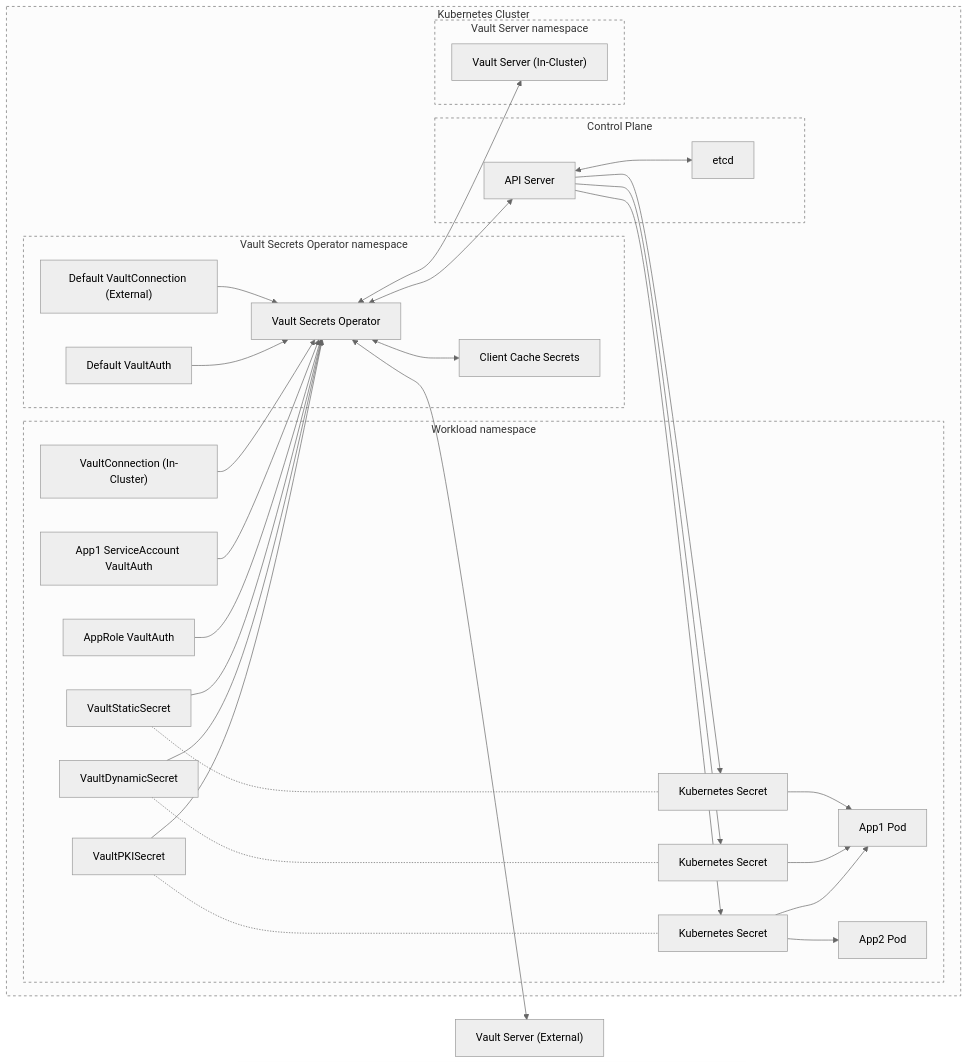
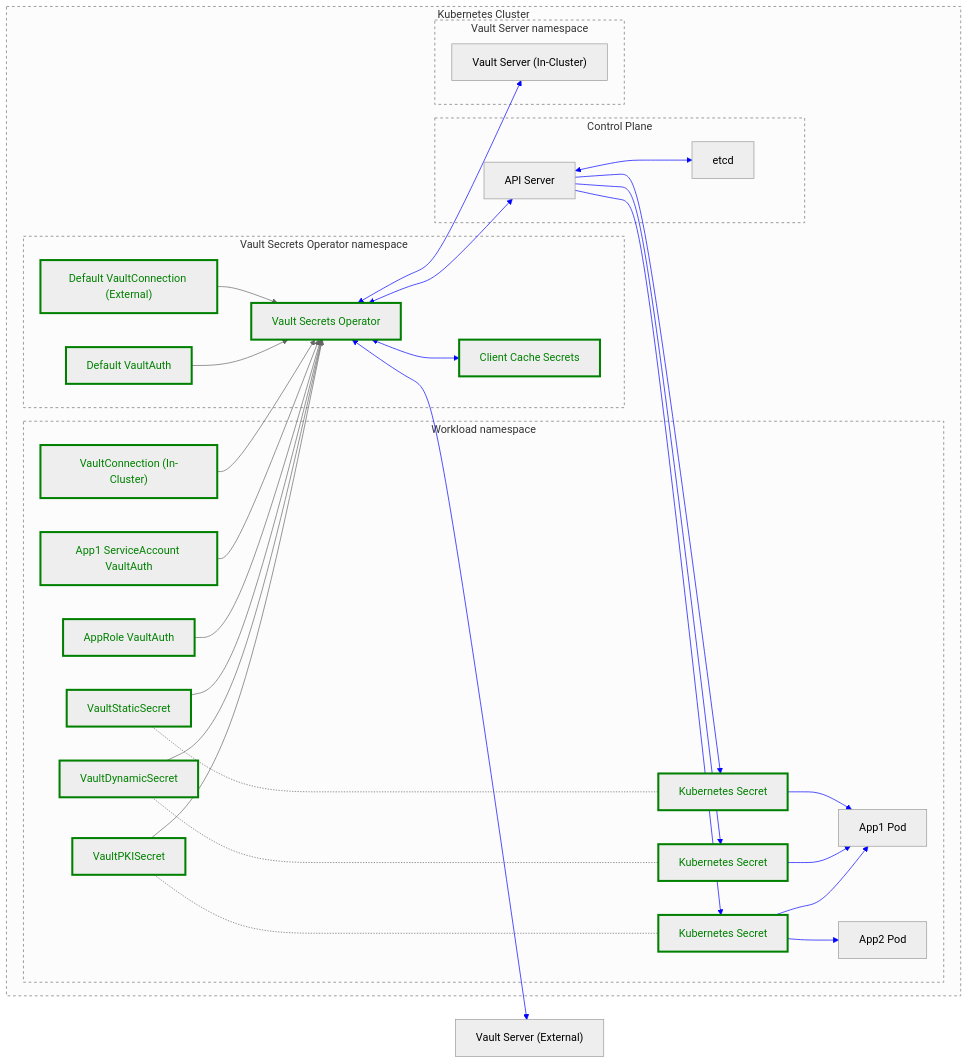
One commit to hashicorp/vault-secrets-operator changed the diagram in docs/threat-model/README.md. Above: the diagram before and after it, drawn with Mermaid. The commit also changed other lines of this file, not shown here.

````diff
--- a/docs/threat-model/README.md
+++ b/docs/threat-model/README.md
@@ -36,11 +62,11 @@
         subgraph vso-sg[Vault Secrets Operator namespace]
             vso["Vault Secrets Operator"]
             vso-cache["Client Cache Secrets"]
-            vaultconn-default["Default VaultConnection (External)"]
-            vaultauth-default["Default VaultAuth"]
+            vaultconn["Default VaultConnection (External)"]
+            vaultauth["Default VaultAuth"]
         end
         subgraph workload-sg[Workload namespace]
-            vaultconn-server2["VaultConnection (In-Cluster)"]
+            vaultconn-in-cluster["VaultConnection (In-Cluster)"]
             vaultauth-app1["App1 ServiceAccount VaultAuth"]
             vaultauth-approle["AppRole VaultAuth"]
 
@@ -67,9 +93,9 @@
     vso <--> vault
     vso <--> apiserver
     vso<-->vso-cache
-    vaultconn-default-->vso
-    vaultauth-default-->vso
-    vaultconn-server2-->vso
+    vaultconn-->vso
+    vaultauth-->vso
+    vaultconn-in-cluster-->vso
     vaultauth-app1-->vso
     vaultauth-approle-->vso
     vss --> vso
@@ -88,6 +114,19 @@
     apiserver<-->etcd
     vso <--> vault-ext
 
+    linkStyle 0 stroke:blue;
+    linkStyle 1 stroke:blue;
+    linkStyle 2 stroke:blue;
+    linkStyle 14 stroke:blue;
+    linkStyle 15 stroke:blue;
+    linkStyle 16 stroke:blue;
+    linkStyle 17 stroke:blue;
+    linkStyle 18 stroke:blue;
+    linkStyle 19 stroke:blue;
+    linkStyle 20 stroke:blue;
+    linkStyle 21 stroke:blue;
+    linkStyle 22 stroke:blue;
+
     classDef trustboundary stroke-dasharray: 4
 
     class k8s-sg trustboundary
@@ -97,4 +136,21 @@
     class cp-sg trustboundary
     class k8s-sg trustboundary
 
+    classDef vso-component stroke:green,stroke-width:3px,color:green;
+
+    class vso vso-component
+    class vso-cache vso-component
+    class vaultauth vso-component
+    class vaultconn vso-component
+    class vaultconn-in-cluster vso-component
+    class vaultauth-app1 vso-component
+    class vaultauth-approle vso-component
+    class vss vso-component
+    class vds vso-component
+    class vps vso-component
+    class k8s-secret-1 vso-component
+    class k8s-secret-2 vso-component
+    class k8s-secret-3 vso-component
+
+
 ```
````
